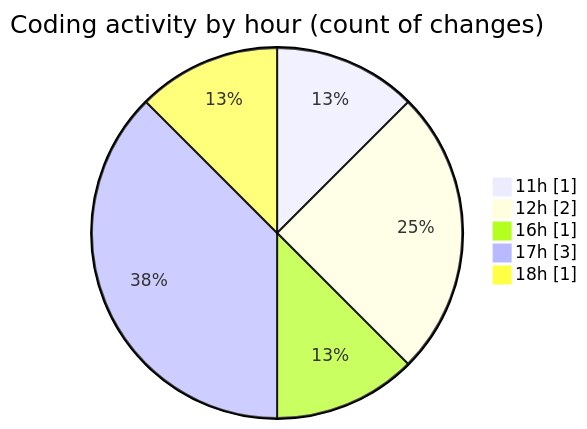
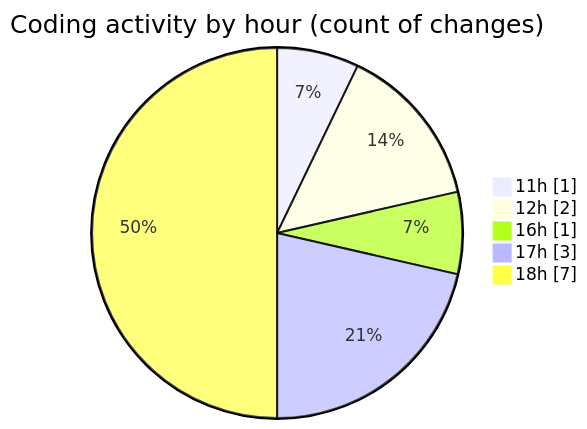
One commit to nxtqubesakshisongat/code-tracking changed the second of 2 diagrams in 2026-07-12/nxtqube_webapp/README.md. Above: the diagram before and after it, drawn with Mermaid. The commit also changed other lines of this file and 1 other file, not shown here.

````diff
--- a/2026-07-12/nxtqube_webapp/README.md
+++ b/2026-07-12/nxtqube_webapp/README.md
@@ -31,9 +32,9 @@
 ```mermaid
 pie showData
 title Coding activity by hour (count of changes)
 "11h" : 1
 "12h" : 2
 "16h" : 1
 "17h" : 3
-"18h" : 1
+"18h" : 7
 ```
````
